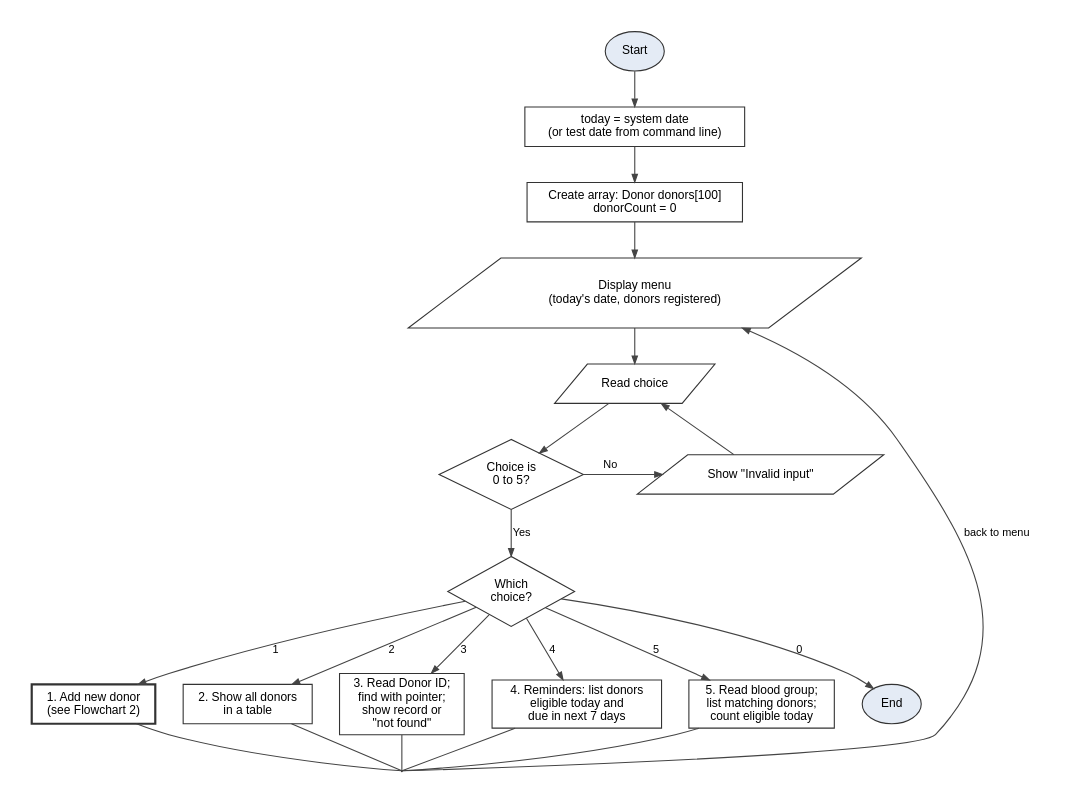
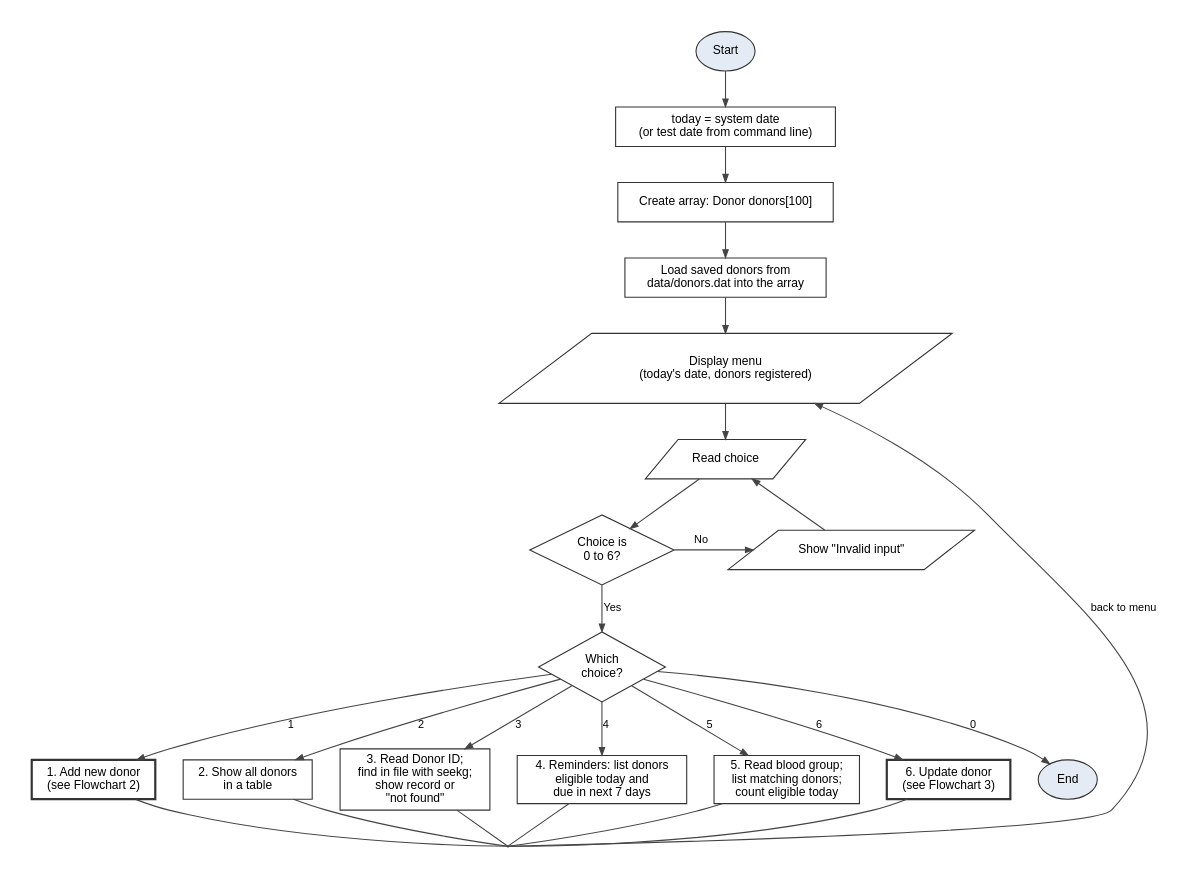
One commit to Hishaampp/CAP455-BloodDonorReminder changed the diagram in docs/flowchart_main_menu.dot. Above: the diagram before and after it, drawn with Graphviz. The commit also changed 6 other files, not shown here.

Commit message:
CA2: update README, diagrams and add simplified CA2 proposal

```diff
--- a/docs/flowchart_main_menu.dot
+++ b/docs/flowchart_main_menu.dot
@@ -1,45 +1,49 @@
-// Flowchart 1: main menu - Blood Donor Eligibility Reminder Console (CA1)
+// Flowchart 1: main menu - Blood Donor Eligibility Reminder Console (CA2)
 // Render: dot -Tpng -Gdpi=200 flowchart_main_menu.dot -o flowchart_main_menu.png
 digraph MainMenu {
     graph [rankdir=TB, fontname="Helvetica", bgcolor="white", pad="0.3", nodesep="0.35", ranksep="0.45"];
     node  [fontname="Helvetica", fontsize="11", style="filled", fillcolor="white", color="#333333"];
     edge  [fontname="Helvetica", fontsize="10", color="#444444", arrowsize="0.7"];
 
     start   [label="Start", shape=oval, fillcolor="#e4ebf5"];
     date    [label="today = system date\n(or test date from command line)", shape=box];
-    arr     [label="Create array: Donor donors[100]\ndonorCount = 0", shape=box];
+    arr     [label="Create array: Donor donors[100]", shape=box];
+    load    [label="Load saved donors from\ndata/donors.dat into the array", shape=box];
     menu    [label="Display menu\n(today's date, donors registered)", shape=parallelogram];
     input   [label="Read choice", shape=parallelogram];
-    valid   [label="Choice is\n0 to 5?", shape=diamond];
+    valid   [label="Choice is\n0 to 6?", shape=diamond];
     err     [label="Show \"Invalid input\"", shape=parallelogram];
     which   [label="Which\nchoice?", shape=diamond];
 
     add     [label="1. Add new donor\n(see Flowchart 2)", shape=box, style="filled,bold"];
     all     [label="2. Show all donors\nin a table", shape=box];
-    byid    [label="3. Read Donor ID;\nfind with pointer;\nshow record or\n\"not found\"", shape=box];
+    byid    [label="3. Read Donor ID;\nfind in file with seekg;\nshow record or\n\"not found\"", shape=box];
     rem     [label="4. Reminders: list donors\neligible today and\ndue in next 7 days", shape=box];
     grp     [label="5. Read blood group;\nlist matching donors;\ncount eligible today", shape=box];
+    upd     [label="6. Update donor\n(see Flowchart 3)", shape=box, style="filled,bold"];
     stop    [label="End", shape=oval, fillcolor="#e4ebf5"];
 
-    start -> date -> arr -> menu -> input -> valid;
+    start -> date -> arr -> load -> menu -> input -> valid;
     valid -> err  [label=" No"];
     err -> input;
     valid -> which [label=" Yes"];
     which -> add  [label="1"];
     which -> all  [label="2"];
     which -> byid [label="3"];
     which -> rem  [label="4"];
     which -> grp  [label="5"];
+    which -> upd  [label="6"];
     which -> stop [label="0"];
 
     back [label="", shape=point, width="0.01"];
     add -> back [arrowhead=none];
     all -> back [arrowhead=none];
     byid -> back [arrowhead=none];
     rem -> back [arrowhead=none];
     grp -> back [arrowhead=none];
+    upd -> back [arrowhead=none];
     back -> menu [label=" back to menu", constraint=false];
 
-    { rank=same; add; all; byid; rem; grp; stop; }
+    { rank=same; add; all; byid; rem; grp; upd; stop; }
     { rank=same; valid; err; }
 }
```
